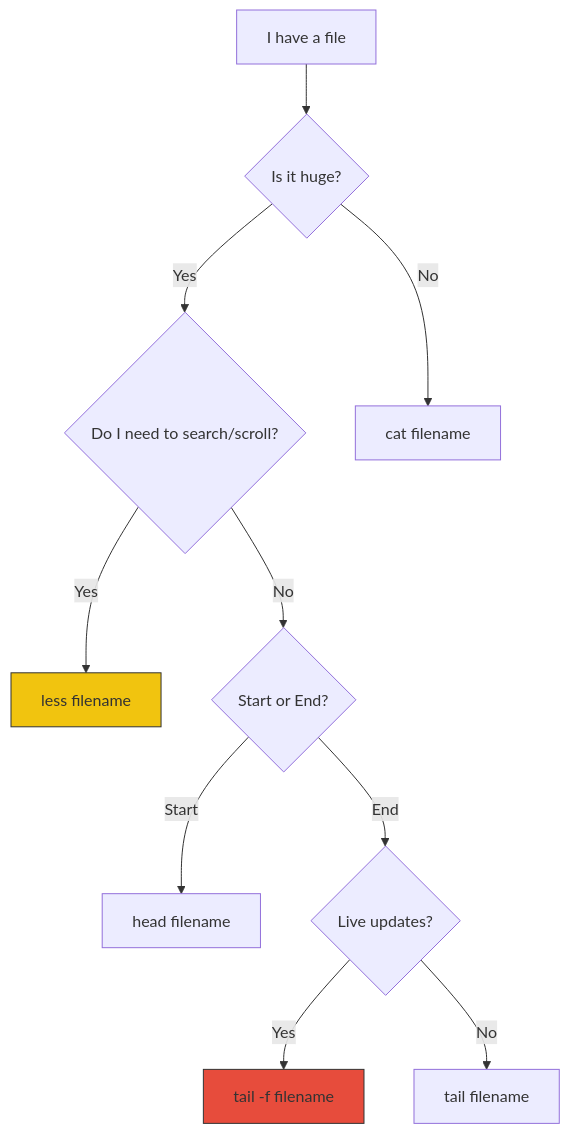
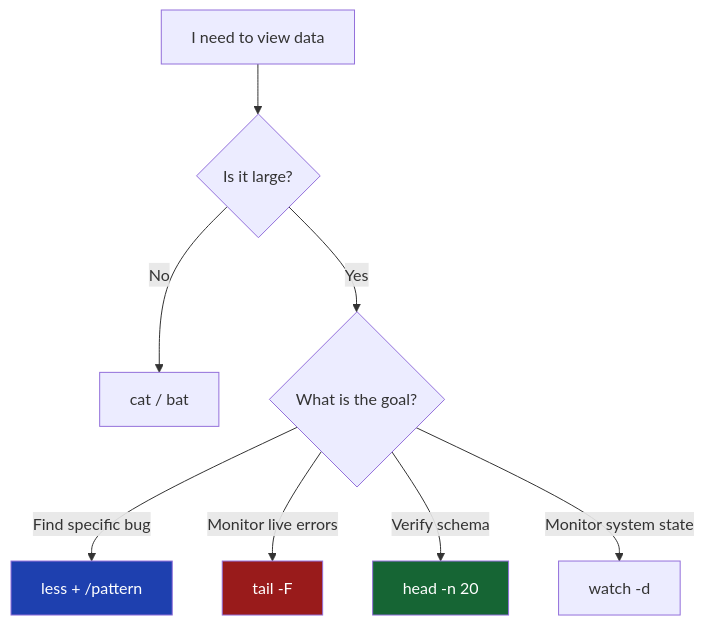
Before and after one commit to Ganil151/Devops: the third of 3 diagrams in 1-Beginner/02-Phase-2/02-Automation/01-Shell-Scripting/06-Paging-Files/README.md, drawn with Mermaid. The commit also changed other lines of this file and 17 other files, not shown here.

````diff
--- a/1-Beginner/02-Phase-2/02-Automation/01-Shell-Scripting/06-Paging-Files/README.md
+++ b/1-Beginner/02-Phase-2/02-Automation/01-Shell-Scripting/06-Paging-Files/README.md
@@ -83,19 +94,16 @@
 ```mermaid
 graph TD
-    Start[I have a file] --> Q1{Is it huge?}
+    Input[I need to view data] --> Size{Is it large?}
     
-    Q1 -- Yes --> Q2{Do I need to search/scroll?}
-    Q1 -- No --> A[cat filename]
+    Size -- No --> Cat[cat / bat]
+    Size -- Yes --> Action{What is the goal?}
     
-    Q2 -- Yes --> B[less filename]
-    Q2 -- No --> Q3{Start or End?}
+    Action -- "Find specific bug" --> Search[less + /pattern]
+    Action -- "Monitor live errors" --> Live[tail -F]
+    Action -- "Verify schema" --> Schema[head -n 20]
+    Action -- "Monitor system state" --> State[watch -d]
     
-    Q3 -- Start --> C[head filename]
-    Q3 -- End --> Q4{Live updates?}
-    
-    Q4 -- Yes --> D[tail -f filename]
-    Q4 -- No --> E[tail filename]
-    
-    style B fill:#f1c40f,stroke:#333
-    style D fill:#e74c3c,stroke:#333
+    style Search fill:#1e40af,color:#fff
+    style Live fill:#991b1b,color:#fff
+    style Schema fill:#166534,color:#fff
 ```
````
